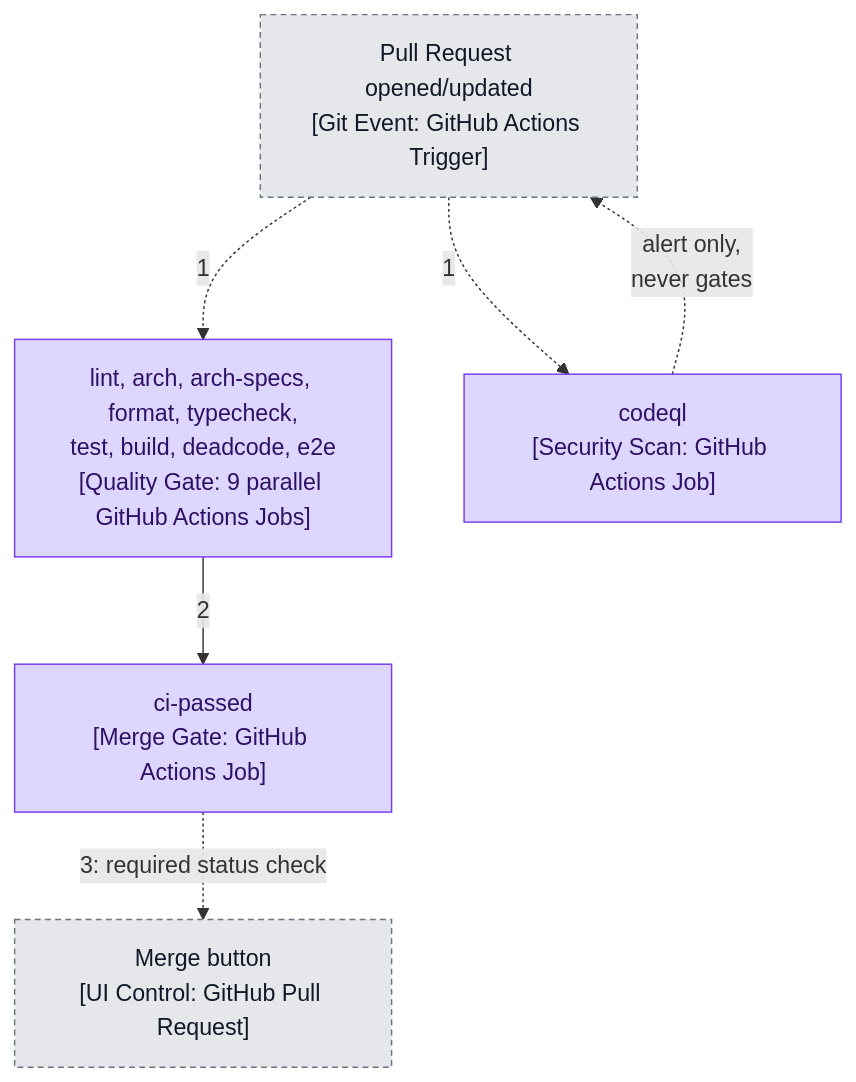
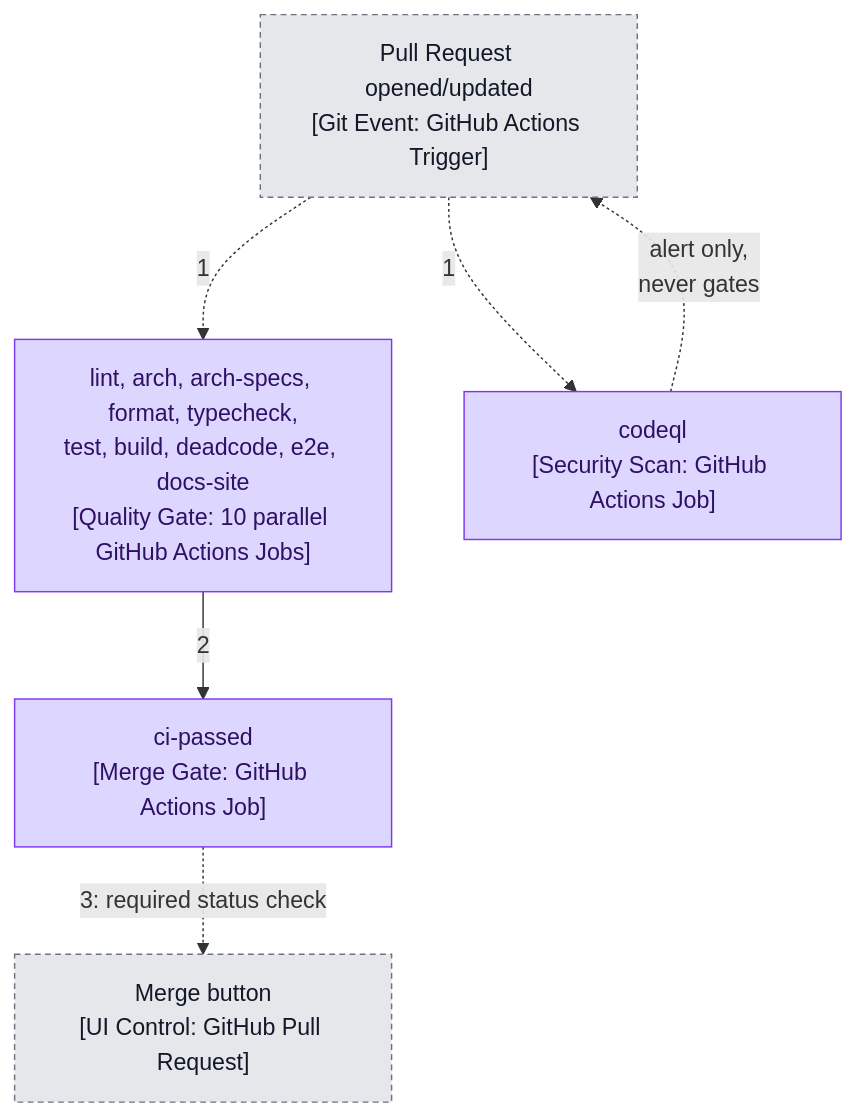
Before and after one commit to cfisch3r/estimate: the second of 3 diagrams in docs/technical/runbook.md, drawn with Mermaid. The commit also changed other lines of this file and 40 other files, not shown here.

````diff
--- a/docs/technical/runbook.md
+++ b/docs/technical/runbook.md
@@ -76,20 +76,20 @@
 ```mermaid
 flowchart TB
   PR["Pull Request opened/updated<br/>[Git Event: GitHub Actions Trigger]"]:::external
   MergeButton["Merge button<br/>[UI Control: GitHub Pull Request]"]:::external
 
-  Gates["lint, arch, arch-specs, format, typecheck,<br/>test, build, deadcode, e2e<br/>[Quality Gate: 9 parallel GitHub Actions Jobs]"]
+  Gates["lint, arch, arch-specs, format, typecheck,<br/>test, build, deadcode, e2e, docs-site<br/>[Quality Gate: 10 parallel GitHub Actions Jobs]"]
   Passed["ci-passed<br/>[Merge Gate: GitHub Actions Job]"]
   CodeQL["codeql<br/>[Security Scan: GitHub Actions Job]"]
 
   PR -.->|1| Gates
   PR -.->|1| CodeQL
   Gates -->|2| Passed
   Passed -.->|"3: required status check"| MergeButton
   CodeQL -.->|"alert only,<br/>never gates"| PR
 
   classDef deploy fill:#BFDBFE,stroke:#2563EB,color:#0B2545
   classDef ci fill:#DDD6FE,stroke:#7C3AED,color:#2E1065
   classDef external fill:#E5E7EB,stroke:#6B7280,color:#111827,stroke-dasharray: 4 3
   class Gates,Passed,CodeQL ci
 ```
````
